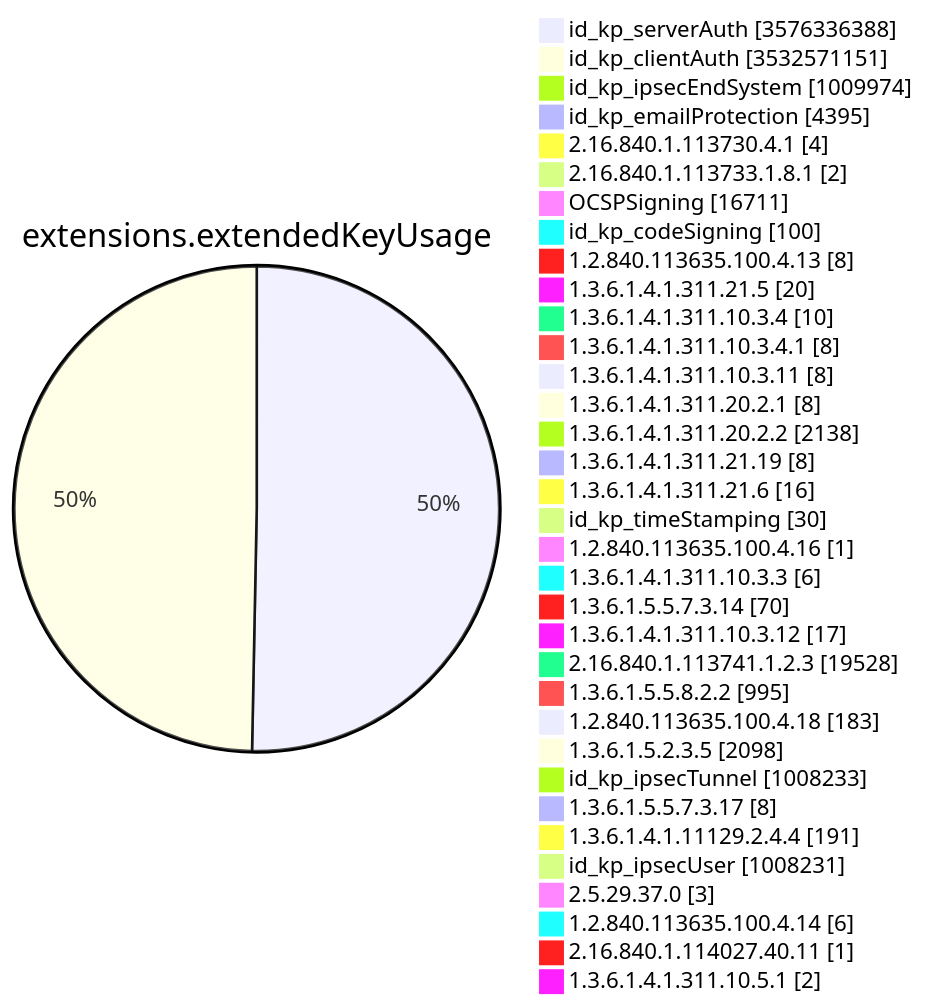
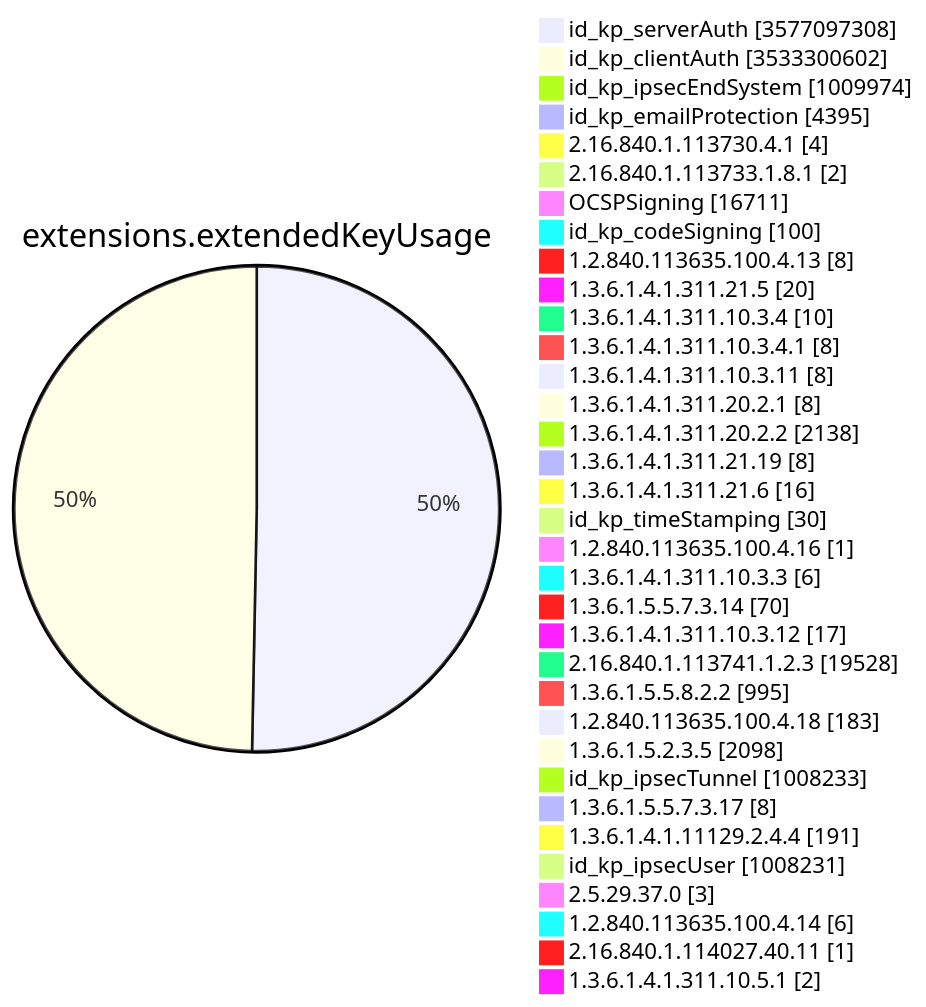
Before and after one commit to christiankrug/ctmonitor_visualization: diagram 11 of 15 in TOTAL/README.md, drawn with Mermaid. The commit also changed other lines of this file, not shown here.

````diff
--- a/TOTAL/README.md
+++ b/TOTAL/README.md
@@ -4128,38 +4128,38 @@
 ```mermaid
 pie showData
 title extensions.extendedKeyUsage
-"id_kp_serverAuth" :3576336388
-"id_kp_clientAuth" :3532571151
+"id_kp_serverAuth" :3577097308
+"id_kp_clientAuth" :3533300602
 "id_kp_ipsecEndSystem" :1009974
 "id_kp_emailProtection" :4395
 "2.16.840.1.113730.4.1" :4
 "2.16.840.1.113733.1.8.1" :2
 "OCSPSigning" :16711
 "id_kp_codeSigning" :100
 "1.2.840.113635.100.4.13" :8
 "1.3.6.1.4.1.311.21.5" :20
 "1.3.6.1.4.1.311.10.3.4" :10
 "1.3.6.1.4.1.311.10.3.4.1" :8
 "1.3.6.1.4.1.311.10.3.11" :8
 "1.3.6.1.4.1.311.20.2.1" :8
 "1.3.6.1.4.1.311.20.2.2" :2138
 "1.3.6.1.4.1.311.21.19" :8
 "1.3.6.1.4.1.311.21.6" :16
 "id_kp_timeStamping" :30
 "1.2.840.113635.100.4.16" :1
 "1.3.6.1.4.1.311.10.3.3" :6
 "1.3.6.1.5.5.7.3.14" :70
 "1.3.6.1.4.1.311.10.3.12" :17
 "2.16.840.1.113741.1.2.3" :19528
 "1.3.6.1.5.5.8.2.2" :995
 "1.2.840.113635.100.4.18" :183
 "1.3.6.1.5.2.3.5" :2098
 "id_kp_ipsecTunnel" :1008233
 "1.3.6.1.5.5.7.3.17" :8
 "1.3.6.1.4.1.11129.2.4.4" :191
 "id_kp_ipsecUser" :1008231
 "2.5.29.37.0" :3
 "1.2.840.113635.100.4.14" :6
 "2.16.840.1.114027.40.11" :1
 "1.3.6.1.4.1.311.10.5.1" :2
 ```
````
